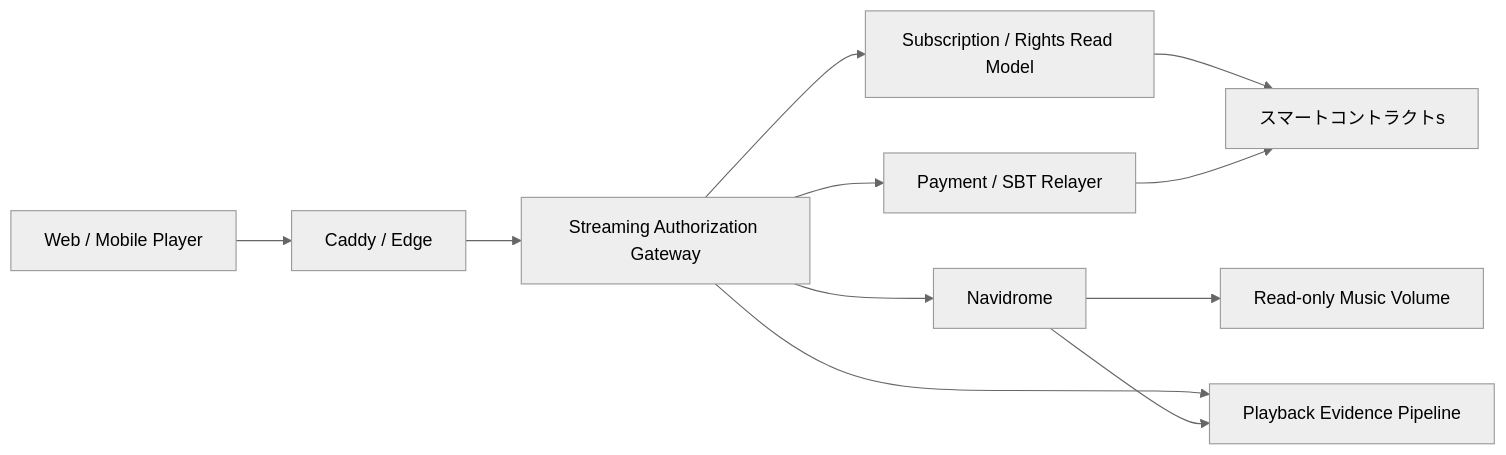
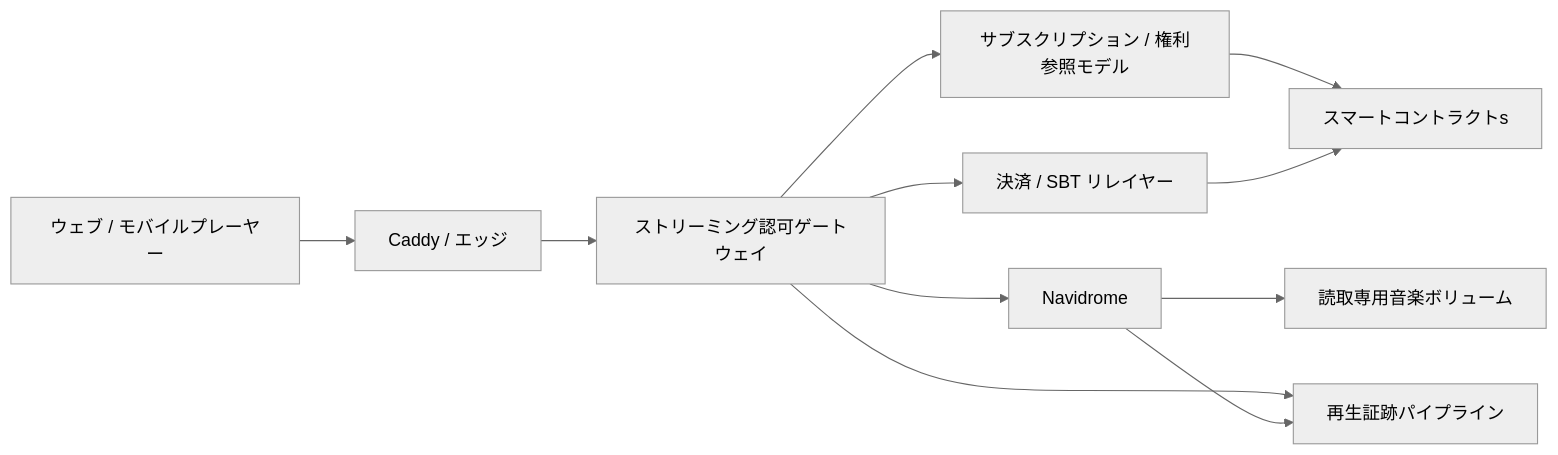
One commit to ShigeichiroYamasaki/creator-first-platform changed the first of 3 diagrams in docs/adr/ADR-0009-navidrome-streaming-gateway.md. Above: the diagram before and after it, drawn with Mermaid (neutral theme). The commit also changed other lines of this file and 72 other files, not shown here.

````diff
--- a/docs/adr/ADR-0009-navidrome-streaming-gateway.md
+++ b/docs/adr/ADR-0009-navidrome-streaming-gateway.md
@@ -39,20 +39,20 @@
 ```mermaid
 flowchart LR
-    PLAYER[Web / Mobile Player]
-    EDGE[Caddy / Edge]
-    GATEWAY[Streaming Authorization Gateway]
-    READ[Subscription / Rights Read Model]
+    PLAYER[ウェブ / モバイルプレーヤー]
+    EDGE[Caddy / エッジ]
+    GATEWAY[ストリーミング認可ゲートウェイ]
+    READ[サブスクリプション / 権利参照モデル]
     NAVI[Navidrome]
-    MUSIC[Read-only Music Volume]
-    EVENTS[Playback Evidence Pipeline]
+    MUSIC[読取専用音楽ボリューム]
+    EVENTS[再生証跡パイプライン]
     CHAIN[スマートコントラクトs]
-    RELAYER[Payment / SBT Relayer]
+    RELAYER[決済 / SBT リレイヤー]
 
     PLAYER --> EDGE --> GATEWAY
     GATEWAY --> READ
     READ --> CHAIN
     GATEWAY --> NAVI --> MUSIC
     GATEWAY --> EVENTS
     NAVI --> EVENTS
     GATEWAY --> RELAYER --> CHAIN
 ```
````
